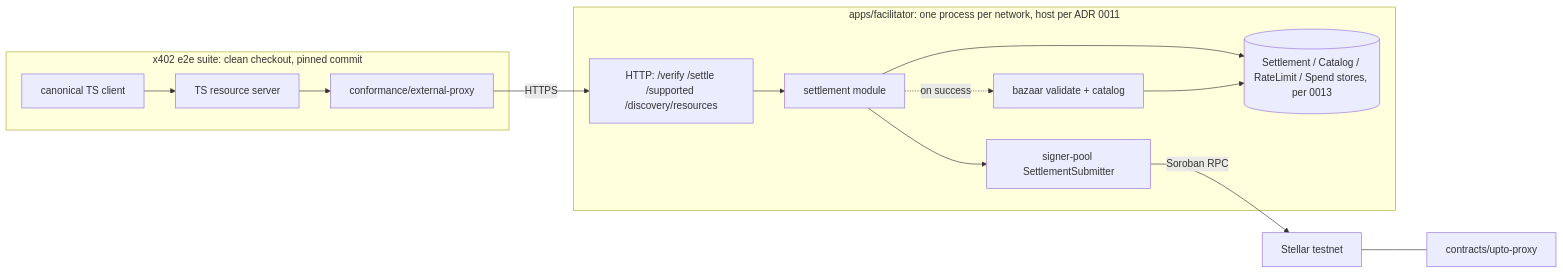
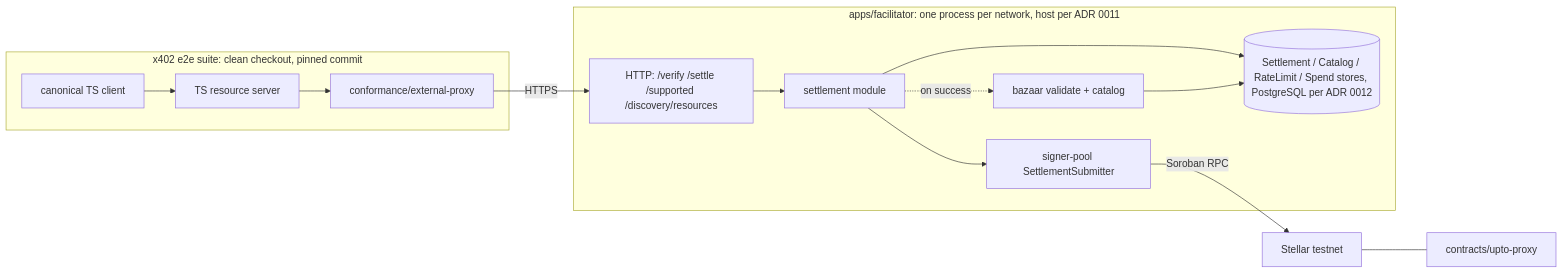
One commit to rumblefishdev/stellar-x402 changed the second of 3 diagrams in docs/architecture/m1-spine.md. Above: the diagram before and after it, drawn with Mermaid. The commit also changed other lines of this file and 6 other files, not shown here.

First line of the commit message:
docs(lore-0013): keep facilitator state in PostgreSQL

````diff
--- a/docs/architecture/m1-spine.md
+++ b/docs/architecture/m1-spine.md
@@ -350,17 +350,17 @@
 ```mermaid
 graph LR
   subgraph e2e[x402 e2e suite: clean checkout, pinned commit]
     client[canonical TS client] --> server[TS resource server]
     server --> proxy[conformance/external-proxy]
   end
   proxy -- HTTPS --> api
   subgraph svc[apps/facilitator: one process per network, host per ADR 0011]
     api[HTTP: /verify /settle /supported /discovery/resources] --> app[settlement module]
     app --> pool[signer-pool SettlementSubmitter]
     app -. on success .-> catalog[bazaar validate + catalog]
-    app --> stores[(Settlement / Catalog / RateLimit / Spend stores, per 0013)]
+    app --> stores[(Settlement / Catalog / RateLimit / Spend stores, PostgreSQL per ADR 0012)]
     catalog --> stores
   end
   pool -- Soroban RPC --> chain[Stellar testnet]
   chain --- upto[contracts/upto-proxy]
 ```
````
